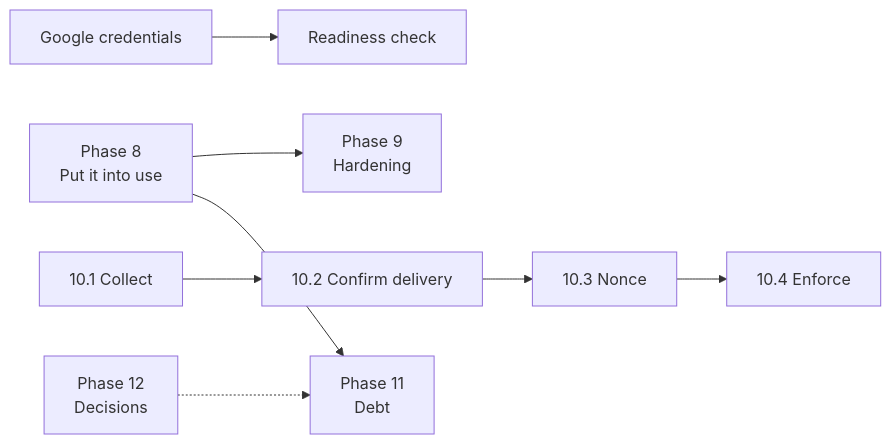
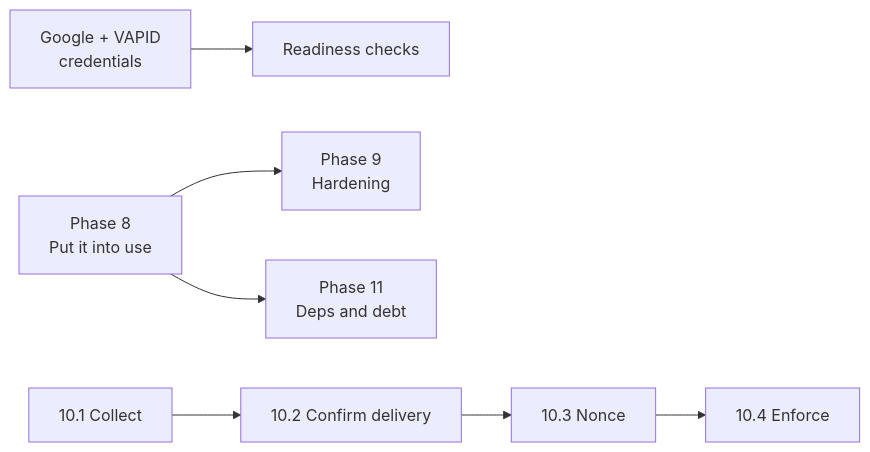
One commit to E310-Tech-Team/Ethree10_OMS changed the diagram in ethree10/docs/06-Implementation-Plan.md. Above: the diagram before and after it, drawn with Mermaid. The commit also changed other lines of this file, not shown here.

````diff
--- a/ethree10/docs/06-Implementation-Plan.md
+++ b/ethree10/docs/06-Implementation-Plan.md
@@ -179,8 +207,7 @@
 ```mermaid
 graph LR
     P8["Phase 8<br/>Put it into use"] --> P9["Phase 9<br/>Hardening"]
-    G["Google credentials"] --> RC["Readiness check"]
+    G["Google + VAPID<br/>credentials"] --> RC["Readiness checks"]
     P10a["10.1 Collect"] --> P10b["10.2 Confirm delivery"] --> P10c["10.3 Nonce"] --> P10d["10.4 Enforce"]
-    P8 --> P11["Phase 11<br/>Debt"]
-    P12["Phase 12<br/>Decisions"] -.-> P11
+    P8 --> P11["Phase 11<br/>Deps and debt"]
 ```
````
